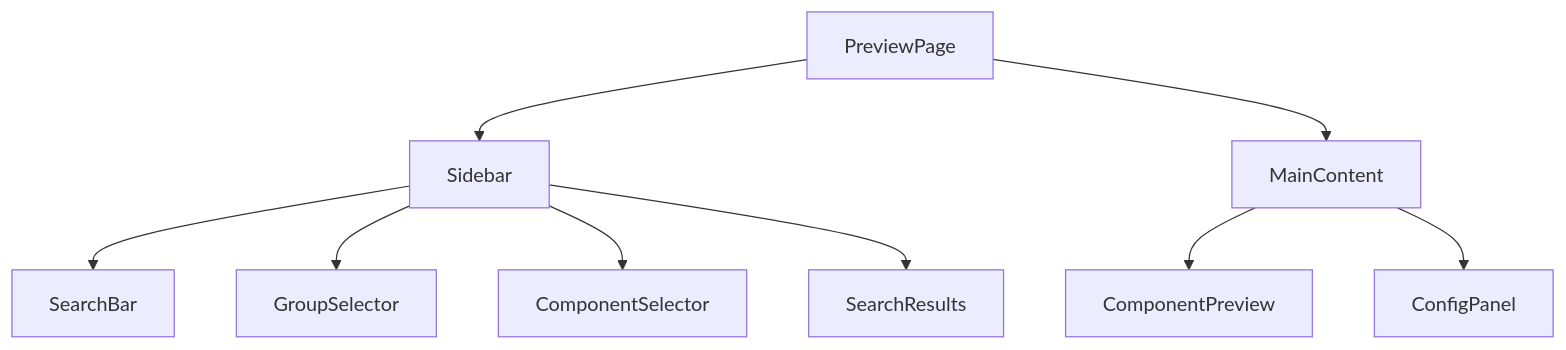
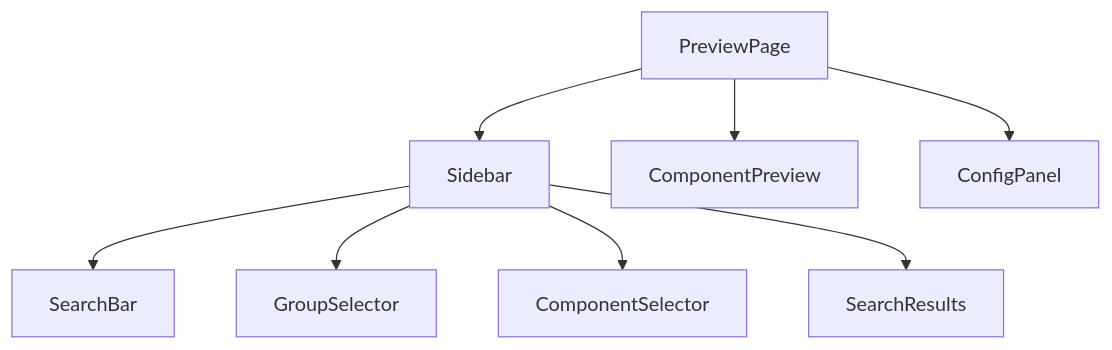
One commit to chriamue/yew-preview changed the first of 2 diagrams in docs/components.md. Above: the diagram before and after it, drawn with Mermaid. The commit also changed other lines of this file and 5 other files, not shown here.

````diff
--- a/docs/components.md
+++ b/docs/components.md
@@ -14,11 +14,10 @@
 ```mermaid
 graph TD
     PP[PreviewPage] --> SB[Sidebar]
-    PP --> MC[MainContent]
+    PP --> CP[ComponentPreview]
+    PP --> CFG[ConfigPanel]
     SB --> SR[SearchBar]
     SB --> GS[GroupSelector]
     SB --> CS[ComponentSelector]
     SB --> SRE[SearchResults]
-    MC --> CPR[ComponentPreview]
-    MC --> CFG[ConfigPanel]
 ```
````
